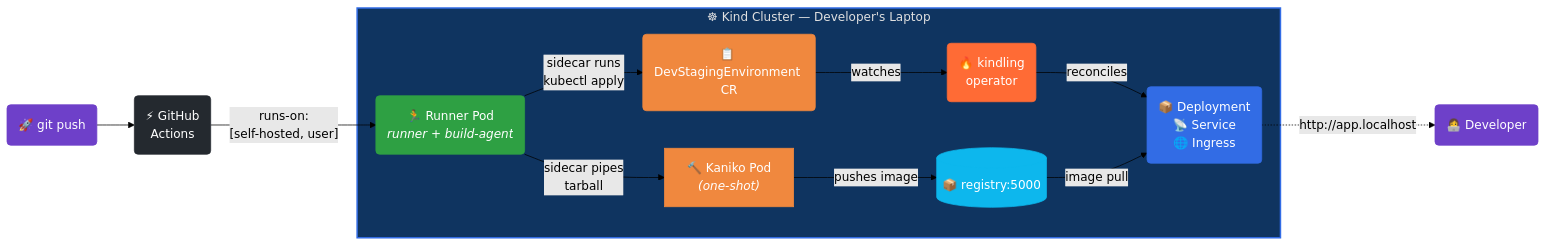
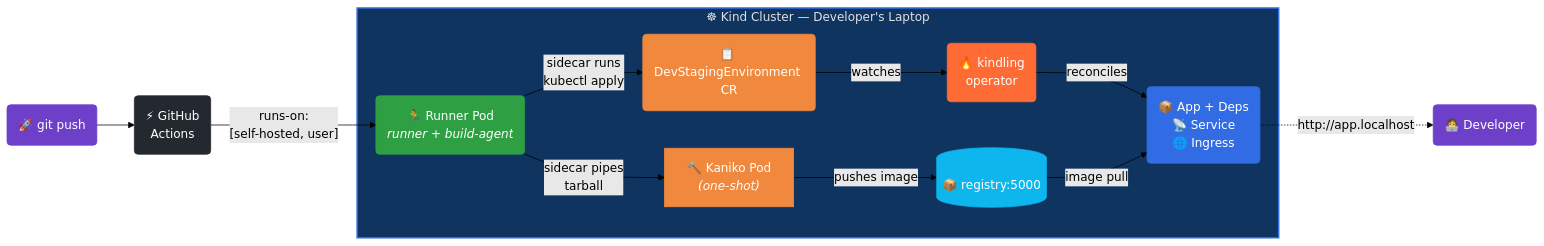
One commit to jeff-vincent/kindling changed the second of 3 diagrams in README.md. Above: the diagram before and after it, drawn with Mermaid (forest theme). The commit also changed other lines of this file and 9 other files, not shown here.

````diff
--- a/README.md
+++ b/README.md
@@ -513,34 +435,34 @@
 ```mermaid
 flowchart LR
     push("🚀 git push") --> gh("⚡ GitHub\nActions")
     gh -- "runs-on:\n[self-hosted, user]" --> runner
 
     subgraph cluster["☸  Kind Cluster — Developer's Laptop"]
         runner("🏃 Runner Pod\n<i>runner + build-agent</i>")
         kaniko["🔨 Kaniko Pod\n<i>(one-shot)</i>"]
         registry[("📦 registry:5000")]
         cr("📋 DevStagingEnvironment CR")
         operator("🔥 kindling\noperator")
-        resources("📦 Deployment\n📡 Service\n🌐 Ingress")
+        resources("📦 App + Deps\n📡 Service\n🌐 Ingress")
 
         runner -- "sidecar pipes\ntarball" --> kaniko
         kaniko -- "pushes image" --> registry
         runner -- "sidecar runs\nkubectl apply" --> cr
         cr -- "watches" --> operator
         operator -- "reconciles" --> resources
         registry -- "image pull" --> resources
     end
 
     resources -. "http://app.localhost" .-> user("👩‍💻 Developer")
 
     style cluster fill:#0f3460,stroke:#326CE5,color:#e0e0e0,stroke-width:2px
     style push fill:#6e40c9,stroke:#6e40c9,color:#fff
     style gh fill:#24292f,stroke:#24292f,color:#fff
     style runner fill:#2ea043,stroke:#2ea043,color:#fff
     style kaniko fill:#f0883e,stroke:#f0883e,color:#fff
     style registry fill:#0db7ed,stroke:#0db7ed,color:#fff
     style cr fill:#f0883e,stroke:#f0883e,color:#fff
     style operator fill:#FF6B35,stroke:#FF6B35,color:#fff
     style resources fill:#326CE5,stroke:#326CE5,color:#fff
     style user fill:#6e40c9,stroke:#6e40c9,color:#fff
 ```
````
